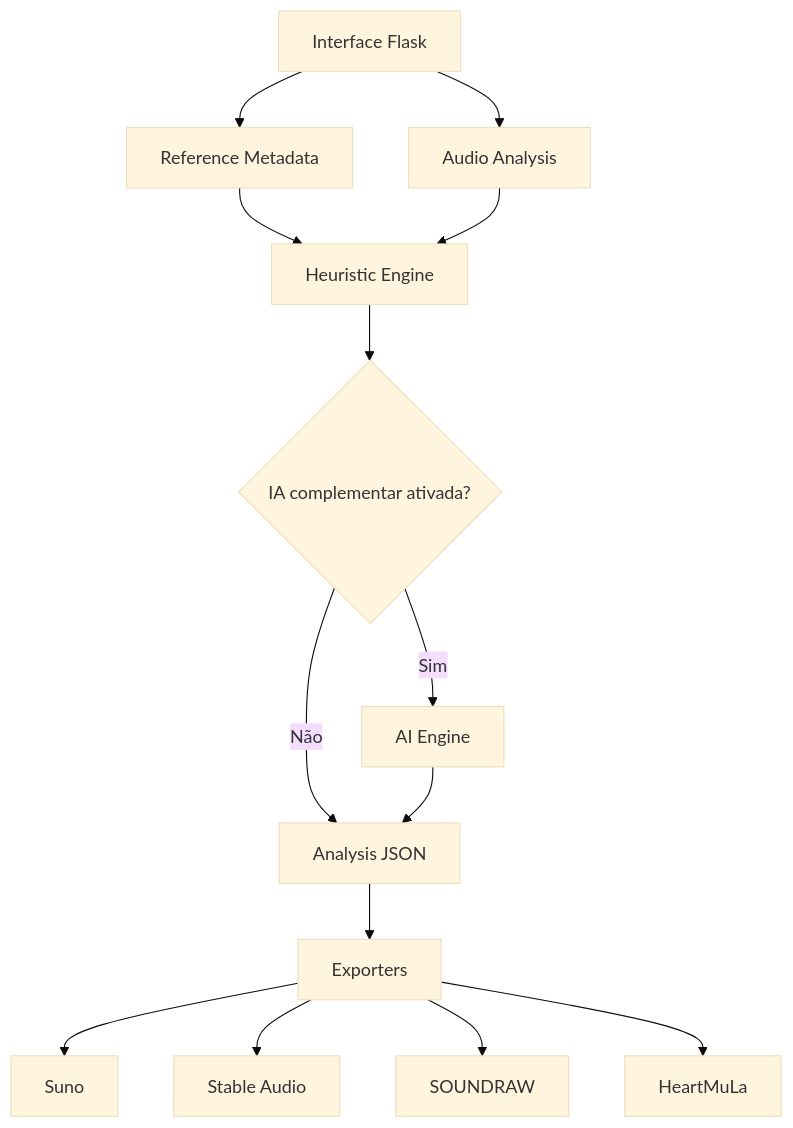
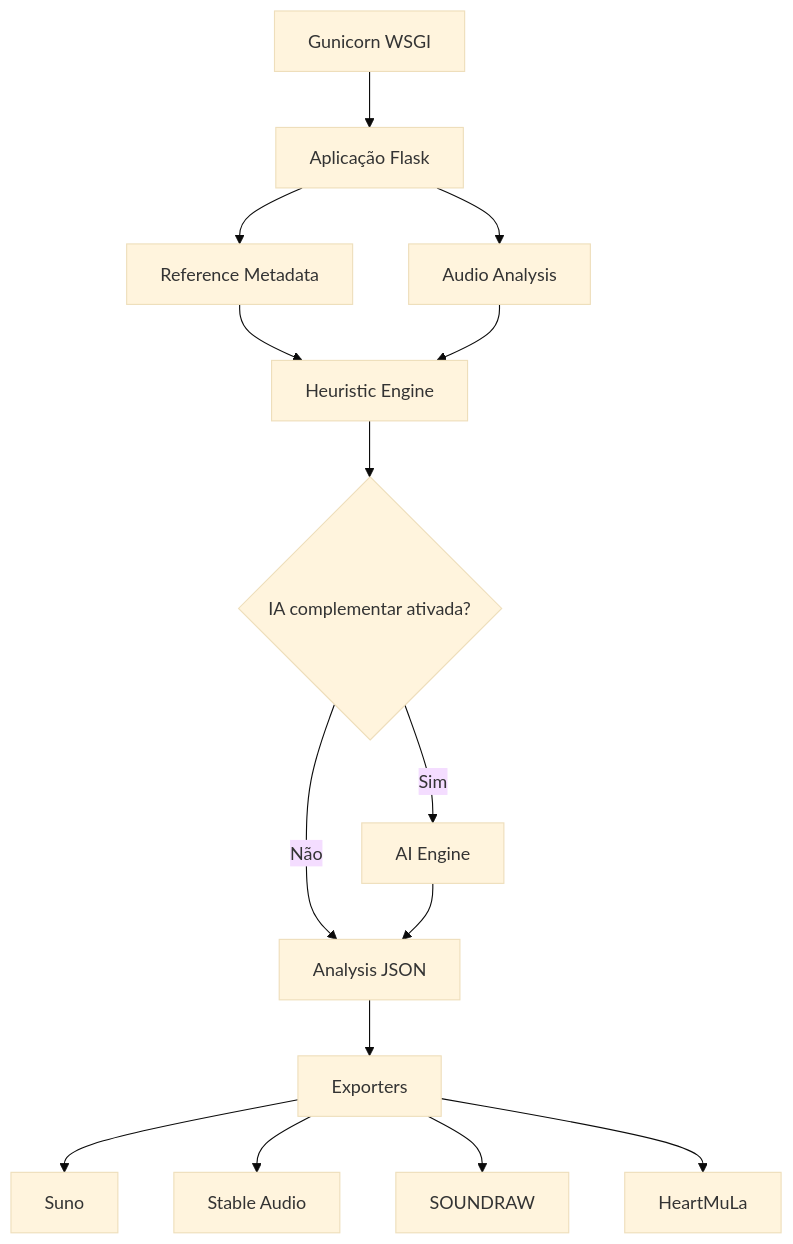
One commit to EduMiranda78/music-reference-lab changed the diagram in docs/ARCHITECTURE.md. Above: the diagram before and after it, drawn with Mermaid (base theme). The commit also changed other lines of this file, not shown here.

Commit message:
Atualiza arquitetura para Gunicorn

````diff
--- a/docs/ARCHITECTURE.md
+++ b/docs/ARCHITECTURE.md
@@ -9,16 +9,17 @@
 ```mermaid
 flowchart TD
-    UI[Interface Flask] --> META[Reference Metadata]
+    WEB[Gunicorn WSGI] --> UI[Aplicação Flask]
+    UI --> META[Reference Metadata]
     UI --> AUDIO[Audio Analysis]
     META --> HEUR[Heuristic Engine]
     AUDIO --> HEUR
     HEUR --> DECISION{IA complementar ativada?}
     DECISION -->|Não| RESULT[Analysis JSON]
     DECISION -->|Sim| AI[AI Engine]
     AI --> RESULT
     RESULT --> EXPORT[Exporters]
     EXPORT --> SUNO[Suno]
     EXPORT --> STABLE[Stable Audio]
     EXPORT --> SOUNDRAW[SOUNDRAW]
     EXPORT --> HEART[HeartMuLa]
 ```
````
